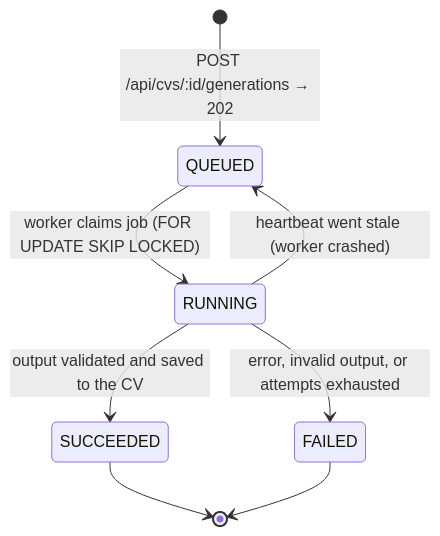
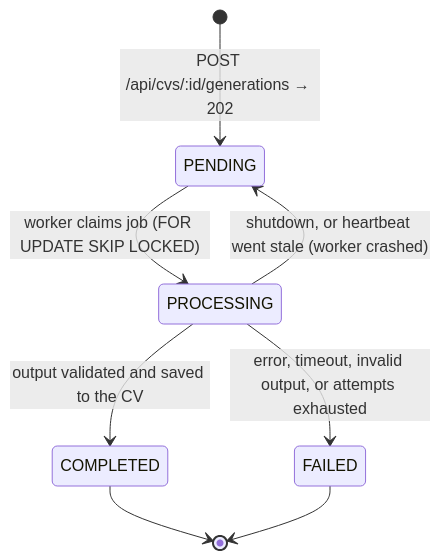
Before and after one commit to maxduma/ai_cv_builder: the third of 3 diagrams in README.md, drawn with Mermaid. The commit also changed other lines of this file and 31 other files, not shown here.

First line of the commit message:
Generate CVs with Claude: structured output, validation and job deadlines

````diff
--- a/README.md
+++ b/README.md
@@ -196,10 +199,10 @@
 ```mermaid
 stateDiagram-v2
-  [*] --> QUEUED: POST /api/cvs/:id/generations → 202
-  QUEUED --> RUNNING: worker claims job (FOR UPDATE SKIP LOCKED)
-  RUNNING --> SUCCEEDED: output validated and saved to the CV
-  RUNNING --> FAILED: error, invalid output, or attempts exhausted
-  RUNNING --> QUEUED: heartbeat went stale (worker crashed)
-  SUCCEEDED --> [*]
+  [*] --> PENDING: POST /api/cvs/:id/generations → 202
+  PENDING --> PROCESSING: worker claims job (FOR UPDATE SKIP LOCKED)
+  PROCESSING --> COMPLETED: output validated and saved to the CV
+  PROCESSING --> FAILED: error, timeout, invalid output, or attempts exhausted
+  PROCESSING --> PENDING: shutdown, or heartbeat went stale (worker crashed)
+  COMPLETED --> [*]
   FAILED --> [*]
 ```
````
